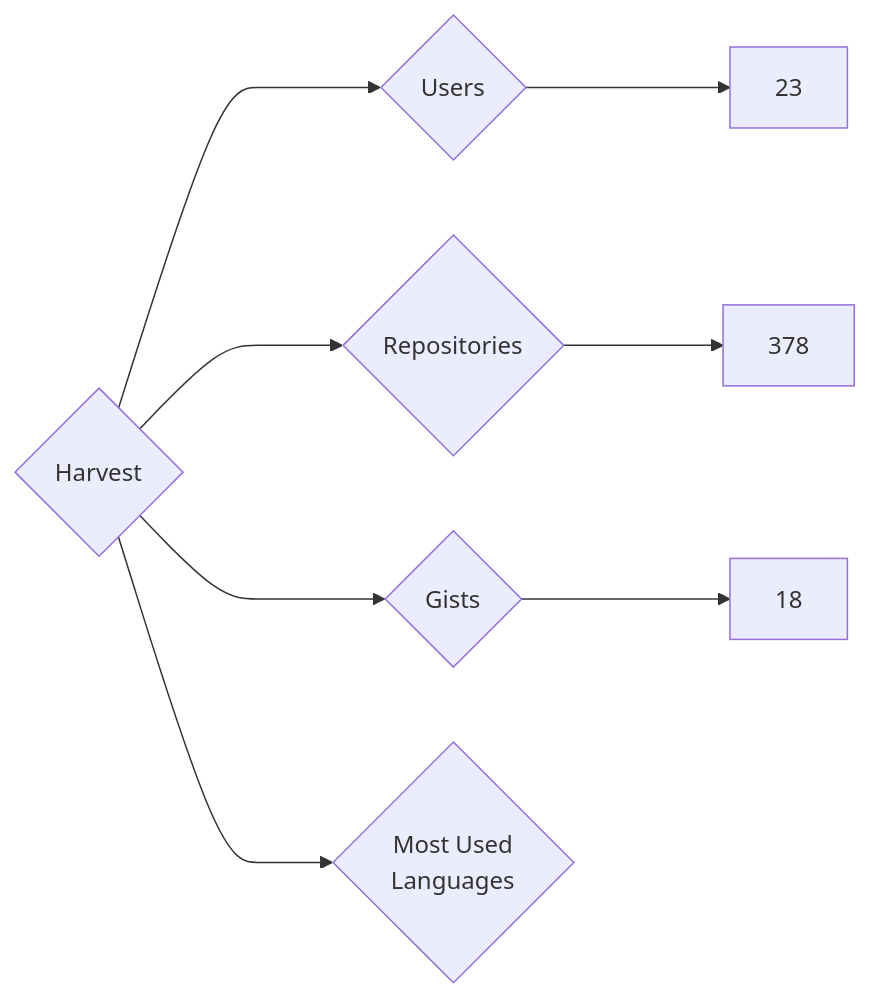
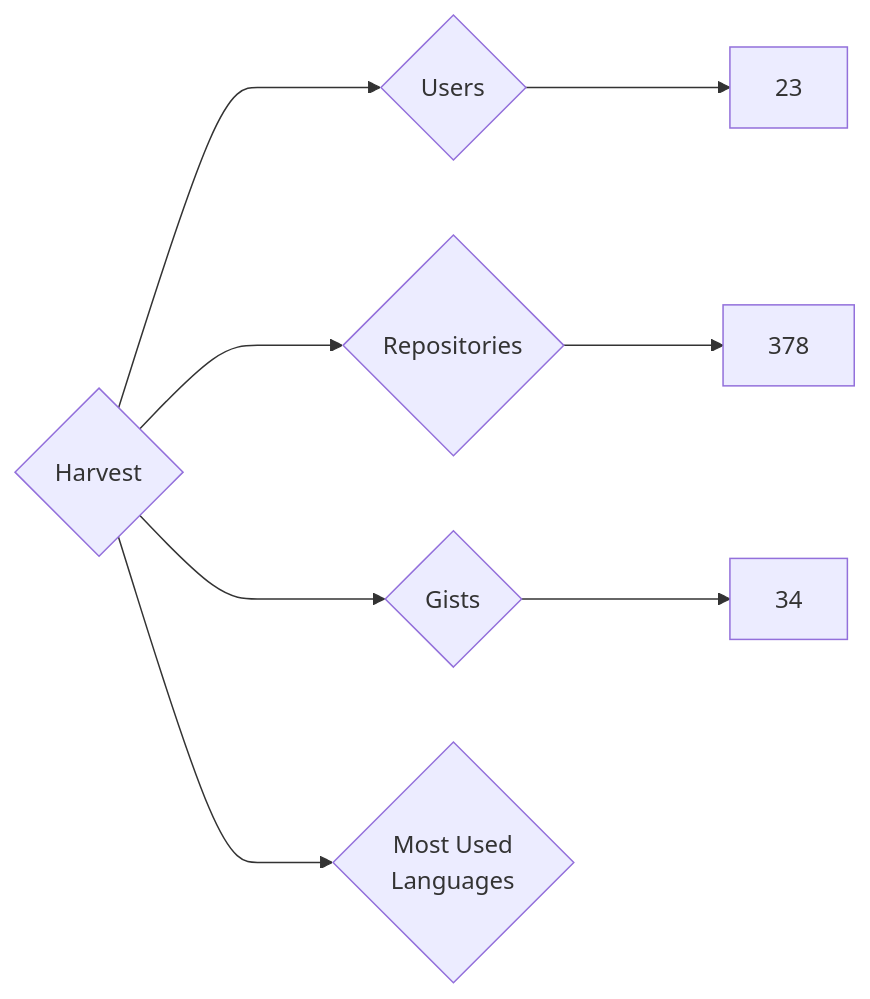
Before and after one commit to nenadzaric/insiders: the diagram in targets/Harvest/README.md, drawn with Mermaid. The commit also changed 1342 other files, not shown here.

````diff
--- a/targets/Harvest/README.md
+++ b/targets/Harvest/README.md
@@ -3,8 +3,8 @@
 ```mermaid
 graph LR
 COMPANY_NAME{Harvest}
 COMPANY_NAME ---> U{Users} ---> UN[23]
 COMPANY_NAME ---> R{Repositories} ---> RN[378]
-COMPANY_NAME ---> G{Gists} ---> GN[18]
+COMPANY_NAME ---> G{Gists} ---> GN[34]
 COMPANY_NAME ---> ML{Most Used<br>Languages}
 ```
````
